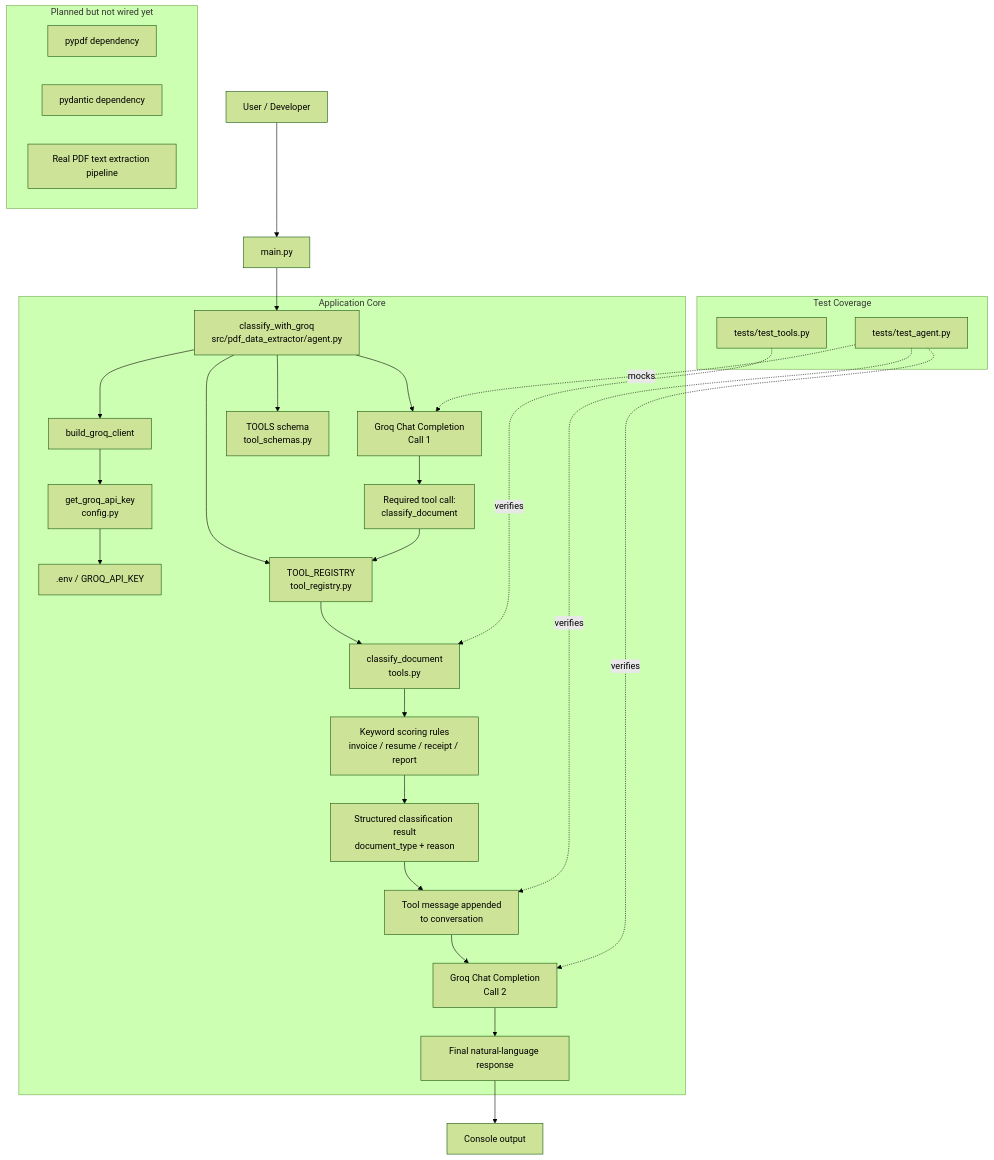
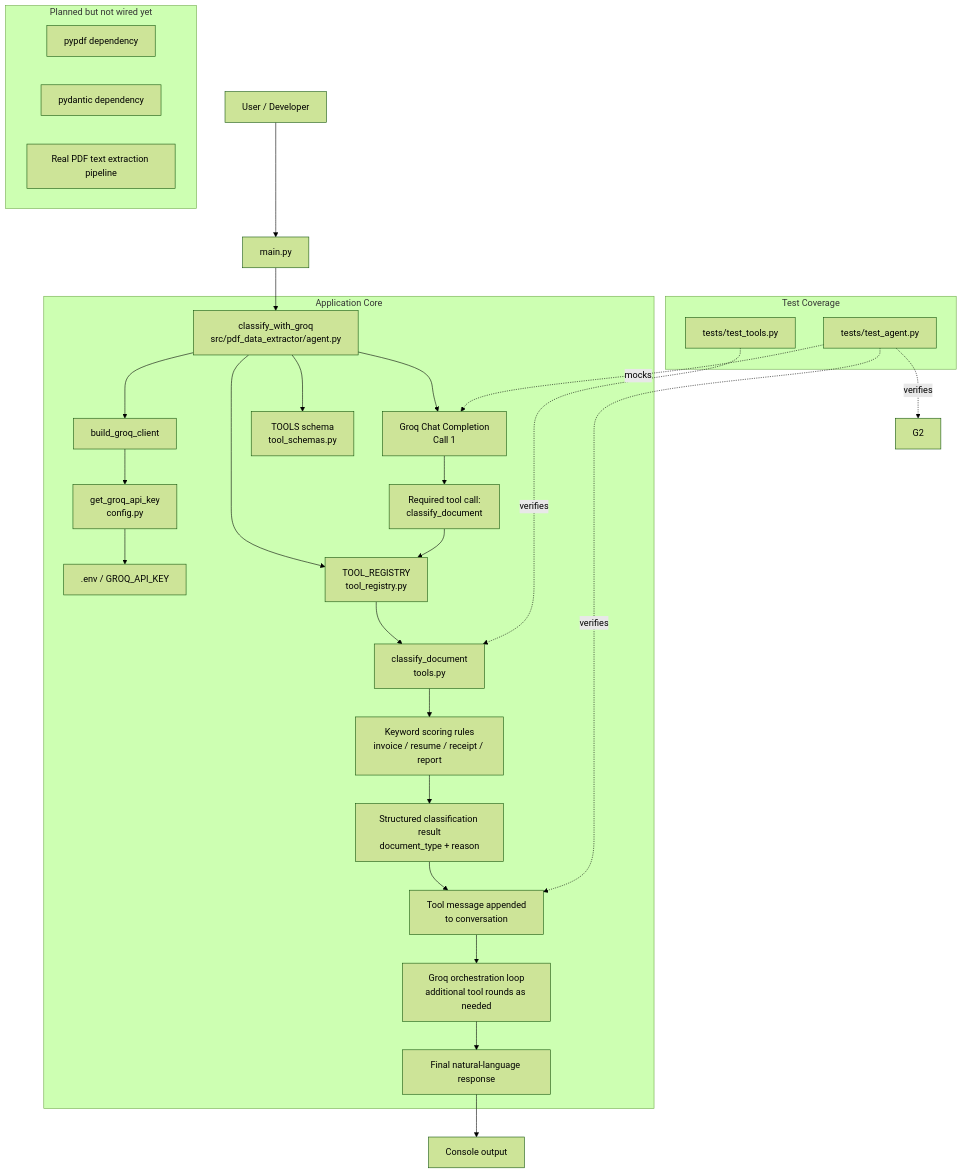
The diagram in README.md (E-techgod/pdf-data-extractor), drawn with Mermaid (forest theme) before and after one commit. The commit also changed other lines of this file and 9 other files, not shown here.

First line of the commit message:
feat(agent): refactor fixed two-call sequence into multi-round tool loop

````diff
--- a/README.md
+++ b/README.md
@@ -34,44 +34,44 @@
 ```mermaid
 flowchart TD
     U[User / Developer] --> M[main.py]
     M --> A[classify_with_groq<br/>src/pdf_data_extractor/agent.py]
 
     subgraph AppCore[Application Core]
         A --> C[build_groq_client]
         C --> K[get_groq_api_key<br/>config.py]
         K --> E[.env / GROQ_API_KEY]
 
         A --> G1[Groq Chat Completion<br/>Call 1]
         A --> S[TOOLS schema<br/>tool_schemas.py]
         A --> R[TOOL_REGISTRY<br/>tool_registry.py]
 
         G1 --> TC[Required tool call:<br/>classify_document]
         TC --> R
         R --> T[classify_document<br/>tools.py]
 
         T --> KG[Keyword scoring rules<br/>invoice / resume / receipt / report]
         KG --> CR[Structured classification result<br/>document_type + reason]
 
         CR --> TM[Tool message appended<br/>to conversation]
-        TM --> G2[Groq Chat Completion<br/>Call 2]
-        G2 --> FR[Final natural-language response]
+        TM --> GL[Groq orchestration loop<br/>additional tool rounds as needed]
+        GL --> FR[Final natural-language response]
     end
 
     FR --> O[Console output]
 
     subgraph Tests[Test Coverage]
         TA[tests/test_agent.py]
         TT[tests/test_tools.py]
     end
 
     TA -. mocks .-> G1
     TA -. verifies .-> TM
     TA -. verifies .-> G2
     TT -. verifies .-> T
 
     subgraph FutureWork[Planned but not wired yet]
         P1[pypdf dependency]
         P2[pydantic dependency]
         P3[Real PDF text extraction pipeline]
     end
 ```
````
